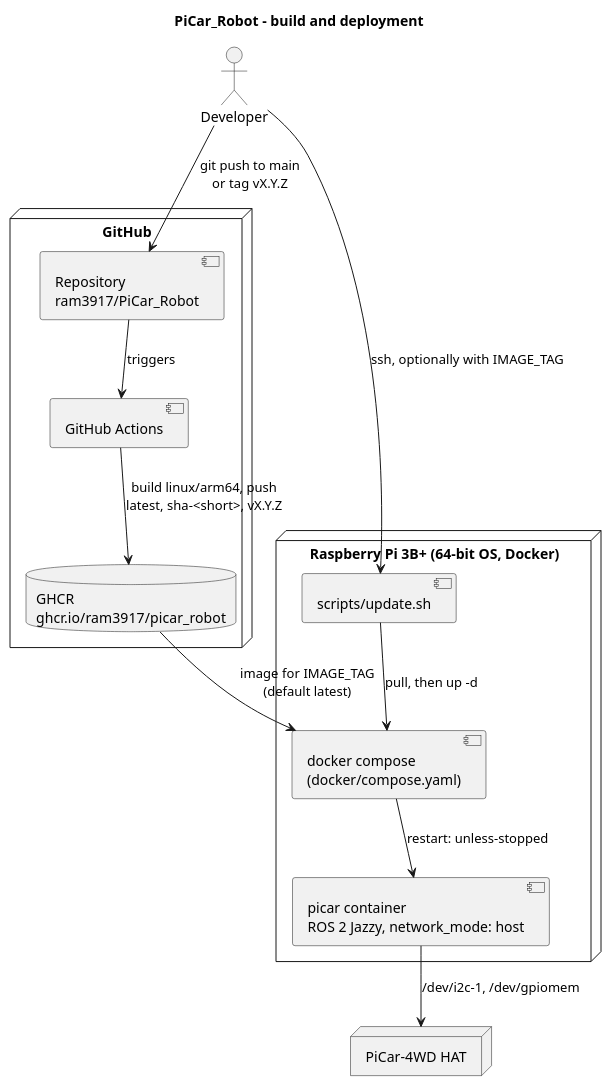
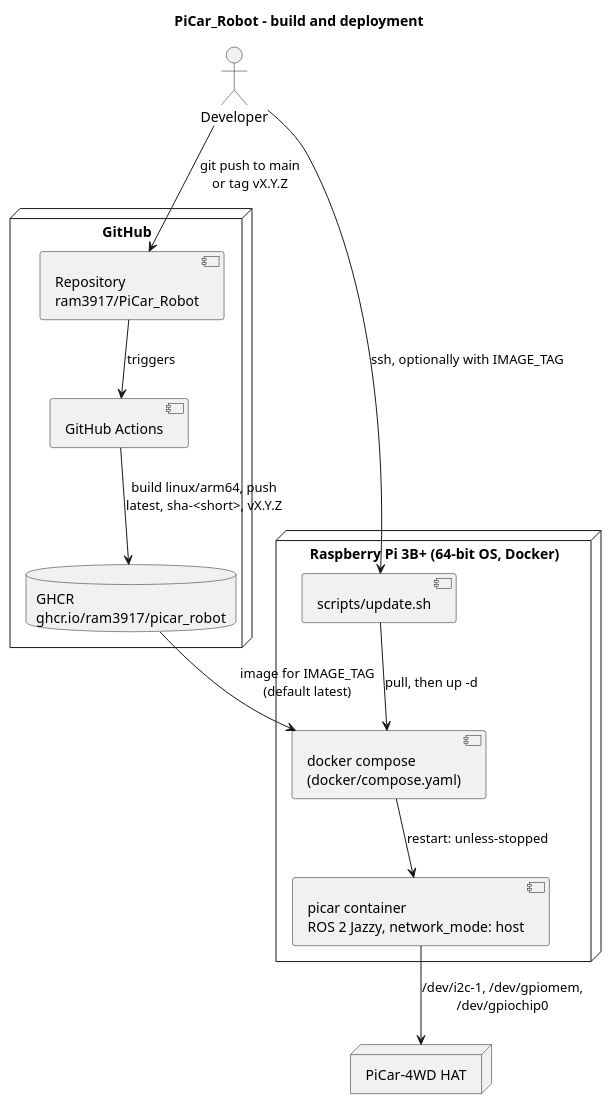
Before and after one commit to ram3917/PiCar_Robot: the diagram in docs/deployment.puml, drawn with PlantUML. The commit also changed 54 other files, not shown here.

```diff
--- a/docs/deployment.puml
+++ b/docs/deployment.puml
@@ -1,29 +1,29 @@
 @startuml deployment
 title PiCar_Robot - build and deployment
 
 actor Developer
 
 node "GitHub" {
   component "Repository\nram3917/PiCar_Robot" as repo
   component "GitHub Actions" as ci
   database "GHCR\nghcr.io/ram3917/picar_robot" as ghcr
 }
 
 node "Raspberry Pi 3B+ (64-bit OS, Docker)" as pi {
   component "scripts/update.sh" as update
   component "docker compose\n(docker/compose.yaml)" as compose
   component "picar container\nROS 2 Jazzy, network_mode: host" as container
 }
 
 node "PiCar-4WD HAT" as hat
 
 Developer --> repo : git push to main\nor tag vX.Y.Z
 repo --> ci : triggers
 ci --> ghcr : build linux/arm64, push\nlatest, sha-<short>, vX.Y.Z
 Developer --> update : ssh, optionally with IMAGE_TAG
 update --> compose : pull, then up -d
 ghcr --> compose : image for IMAGE_TAG\n(default latest)
 compose --> container : restart: unless-stopped
-container --> hat : /dev/i2c-1, /dev/gpiomem
+container --> hat : /dev/i2c-1, /dev/gpiomem,\n/dev/gpiochip0
 
 @enduml
```
